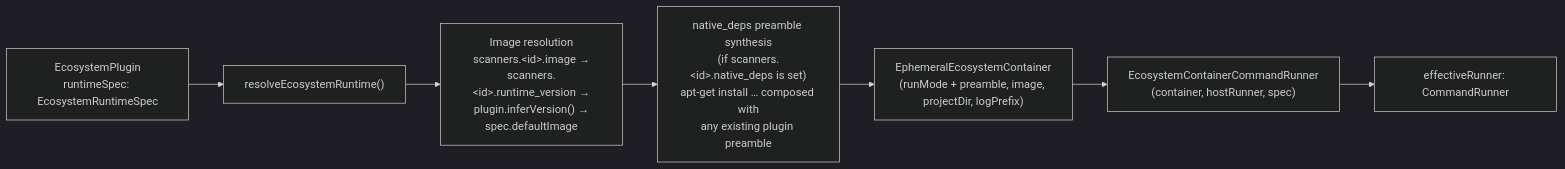
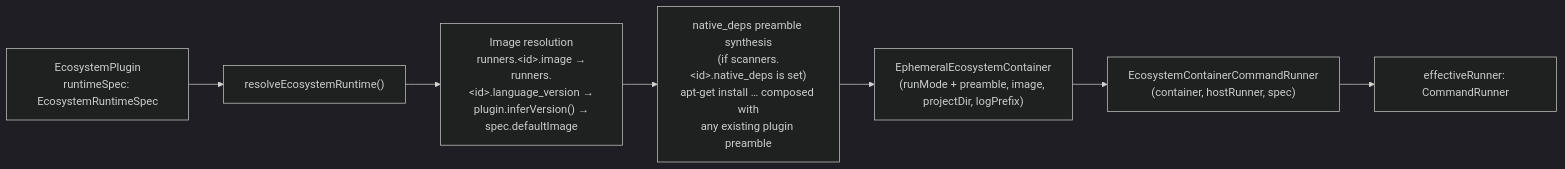
One commit to ejklock/deep-health changed the sixth of 10 diagrams in docs/architecture.md. Above: the diagram before and after it, drawn with Mermaid (dark theme). The commit also changed other lines of this file and 23 other files, not shown here.

First line of the commit message:
refactor(config): introduce top-level `runners` block; rename runtime_version → language_version

````diff
--- a/docs/architecture.md
+++ b/docs/architecture.md
@@ -402,17 +402,17 @@
 ```mermaid
 flowchart LR
     PLUGIN["EcosystemPlugin<br/>runtimeSpec: EcosystemRuntimeSpec"]
     RESOLVE["resolveEcosystemRuntime()"]
-    IMG["Image resolution<br/>scanners.&lt;id&gt;.image →<br/>scanners.&lt;id&gt;.runtime_version →<br/>plugin.inferVersion() →<br/>spec.defaultImage"]
+    IMG["Image resolution<br/>runners.&lt;id&gt;.image →<br/>runners.&lt;id&gt;.language_version →<br/>plugin.inferVersion() →<br/>spec.defaultImage"]
     NATIVE["native_deps preamble synthesis<br/>(if scanners.&lt;id&gt;.native_deps is set)<br/>apt-get install … composed with<br/>any existing plugin preamble"]
     CONTAINER["EphemeralEcosystemContainer<br/>(runMode + preamble, image, projectDir, logPrefix)"]
     CMD["EcosystemContainerCommandRunner<br/>(container, hostRunner, spec)"]
     EFFECTIVE["effectiveRunner: CommandRunner"]
 
     PLUGIN --> RESOLVE
     RESOLVE --> IMG
     IMG --> NATIVE
     NATIVE --> CONTAINER
     CONTAINER --> CMD
     CMD --> EFFECTIVE
 ```
````
